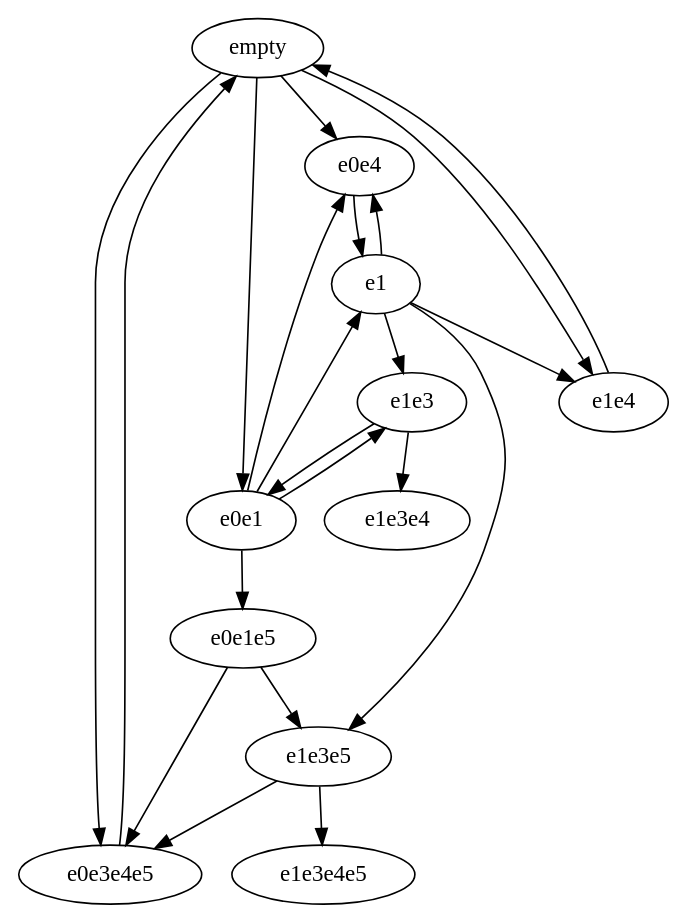
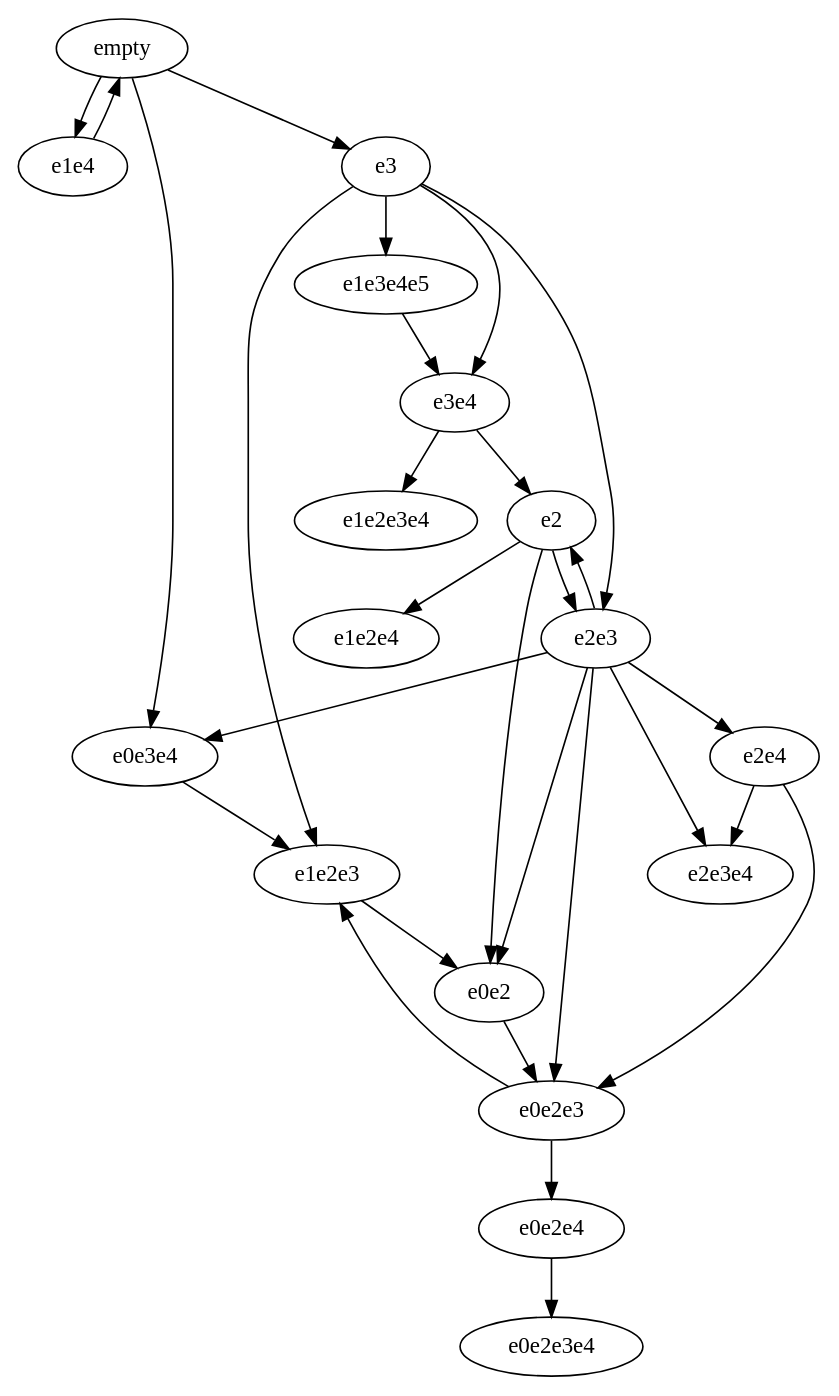
The diagram in tmp/ats.dot (ryysd/PrototypePOR), drawn with Graphviz before and after one commit. The commit also changed 18 other files, not shown here.

```diff
--- a/tmp/ats.dot
+++ b/tmp/ats.dot
@@ -1,25 +1,34 @@
 strict digraph {
-  empty->e0e3e4e5;
-  empty->e0e4;
-  empty->e0e4;
-  empty->e0e1;
+  empty->e1e4;
+  empty->e3;
+  empty->e0e3e4;
+  empty->e3;
   empty->e1e4;
   e1e4->empty;
-  e0e1->e0e1e5;
-  e0e1->e1;
-  e0e1->e1e3;
-  e0e1->e0e4;
-  e0e4->e1;
-  e1->e1e3;
-  e1->e1e4;
-  e1->e1e3e5;
-  e1->e1e3;
-  e1->e0e4;
-  e1e3->e1e3e4;
-  e1e3->e0e1;
-  e1e3e5->e1e3e4e5;
-  e1e3e5->e0e3e4e5;
-  e0e3e4e5->empty;
-  e0e1e5->e1e3e5;
-  e0e1e5->e0e3e4e5;
+  e3->e3e4;
+  e3->e1e2e3;
+  e3->e1e3e4e5;
+  e3->e3e4;
+  e3->e2e3;
+  e2e3->e2e3e4;
+  e2e3->e2;
+  e2e3->e2e4;
+  e2e3->e0e2;
+  e2e3->e0e2e3;
+  e2e3->e0e3e4;
+  e0e3e4->e1e2e3;
+  e1e2e3->e0e2;
+  e0e2->e0e2e3;
+  e0e2->e0e2e3;
+  e0e2e3->e0e2e4;
+  e0e2e3->e1e2e3;
+  e0e2e4->e0e2e3e4;
+  e2e4->e2e3e4;
+  e2e4->e0e2e3;
+  e2->e1e2e4;
+  e2->e2e3;
+  e2->e0e2;
+  e3e4->e1e2e3e4;
+  e3e4->e2;
+  e1e3e4e5->e3e4;
 }
```
